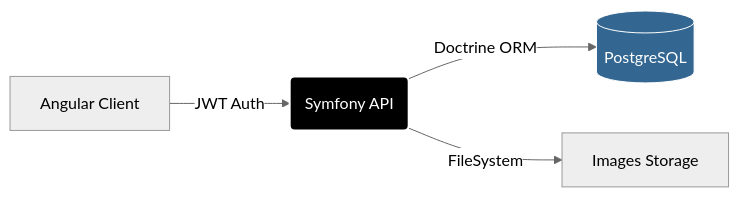
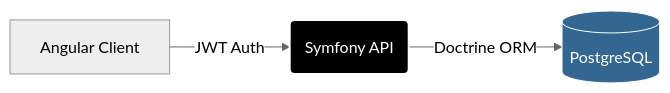
The diagram in README.md (devserranoarocha/Volley-Assign), drawn with Mermaid (neutral theme) before and after one commit. The commit also changed 5 other files, not shown here.

````diff
--- a/README.md
+++ b/README.md
@@ -54,9 +54,8 @@
 ```mermaid
 graph LR
     A[Angular Client] -- JWT Auth --> B(Symfony API)
     B -- Doctrine ORM --> C[(PostgreSQL)]
-    B -- FileSystem --> D[Images Storage]
-    
+        
     style B fill:#000,stroke:#fff,stroke-width:2px,color:#fff
     style C fill:#336791,stroke:#fff,color:#fff
 ```
````
